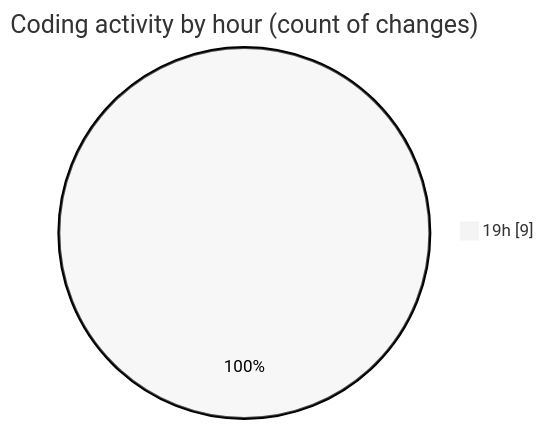
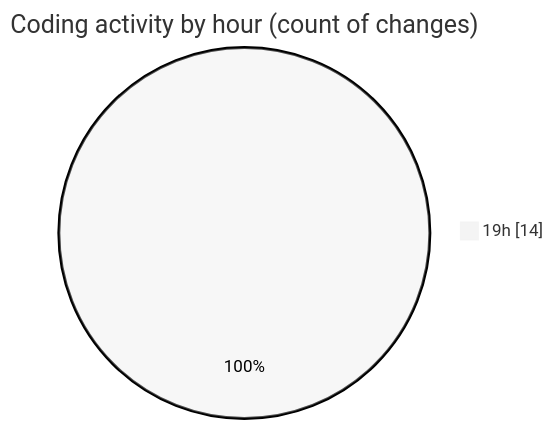
One commit to Netris89/code-tracking changed the second of 2 diagrams in 2025-10-24/skintrack/README.md. Above: the diagram before and after it, drawn with Mermaid (neutral theme). The commit also changed other lines of this file and 1 other file, not shown here.

````diff
--- a/2025-10-24/skintrack/README.md
+++ b/2025-10-24/skintrack/README.md
@@ -30,5 +31,5 @@
 ```mermaid
 pie showData
 title Coding activity by hour (count of changes)
-"19h" : 9
+"19h" : 14
 ```
````
